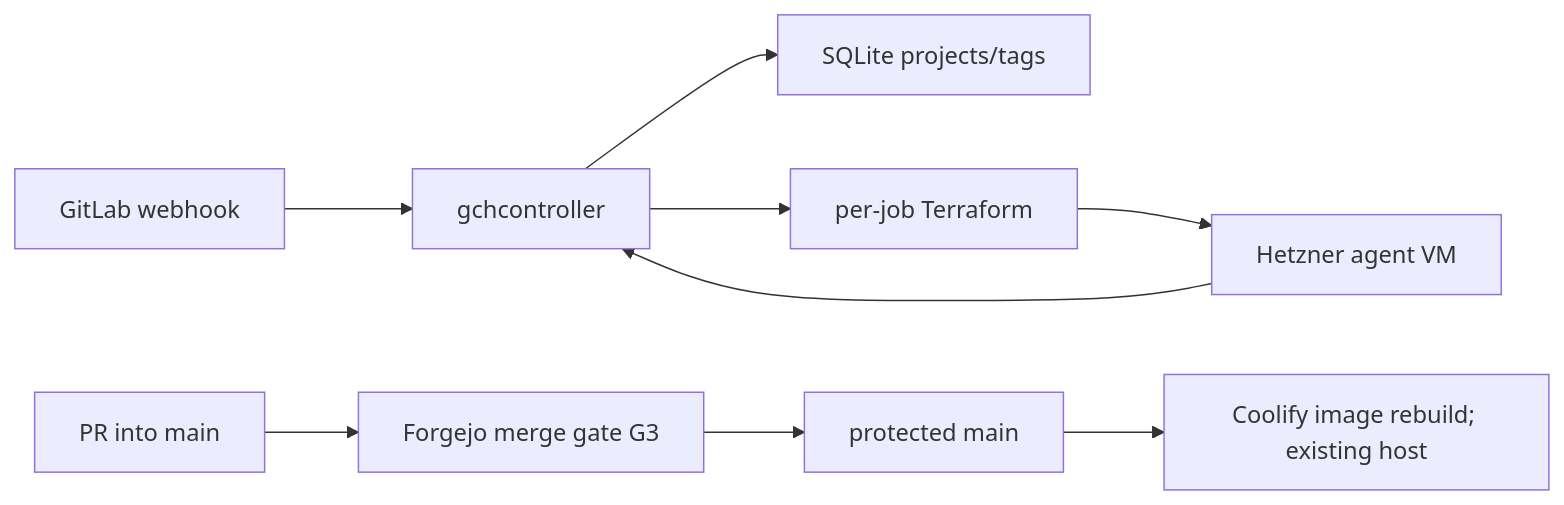
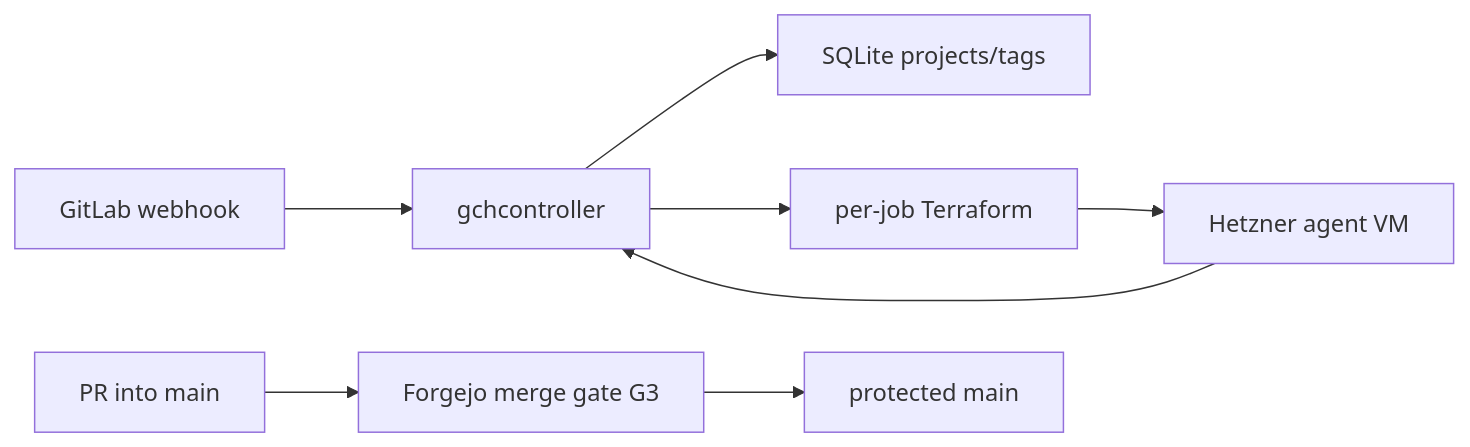
One commit to PlasticDigits/gitlab-cursor-webhook changed the first of 2 diagrams in docs/architecture.md. Above: the diagram before and after it, drawn with Mermaid. The commit also changed other lines of this file and 1 other file, not shown here.

````diff
--- a/docs/architecture.md
+++ b/docs/architecture.md
@@ -32,11 +32,10 @@
 ```mermaid
 flowchart LR
   gl[GitLab webhook] --> gch[gchcontroller]
   gch --> sqlite[SQLite projects/tags]
   gch --> tf[per-job Terraform]
   tf --> vm[Hetzner agent VM]
   vm --> gch
   git[PR into main] --> gate[Forgejo merge gate G3]
   gate --> main[protected main]
-  main --> coolify[Coolify image rebuild; existing host]
 ```
````
